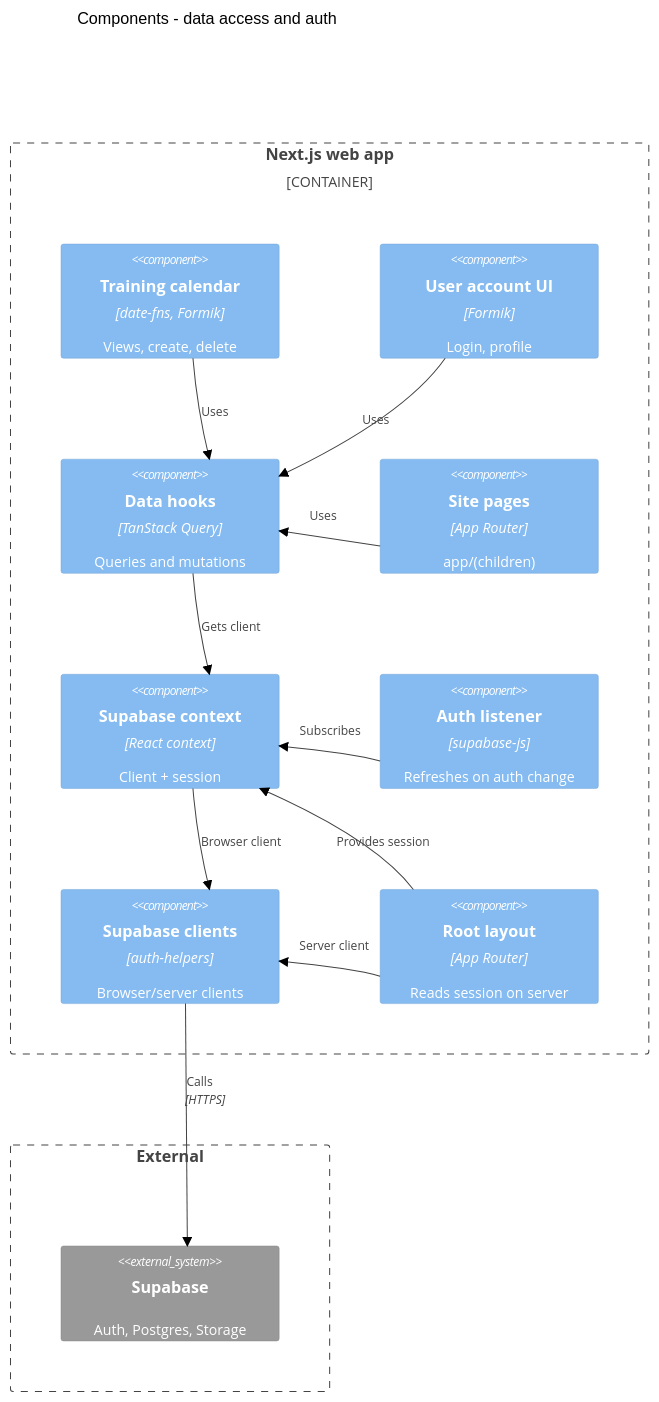
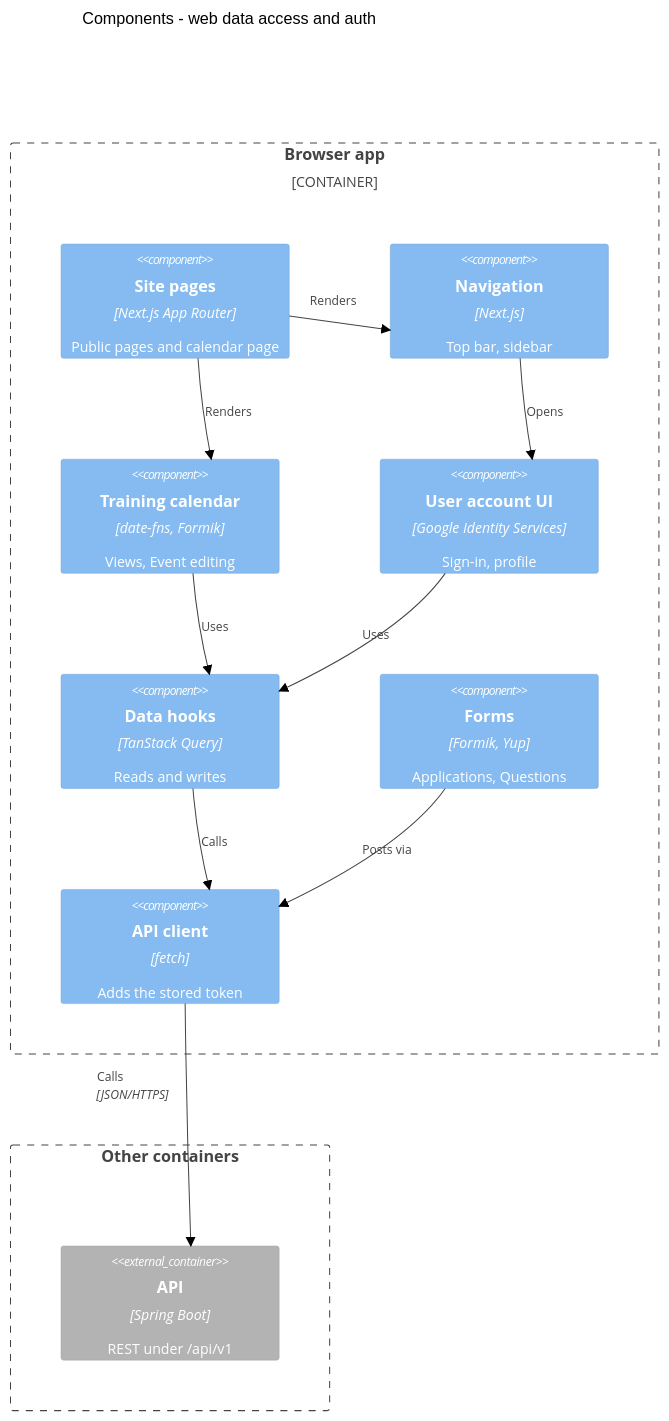
One commit to tomimarkus991/karatekool changed the diagram in docs/architecture/c4-components-data.md. Above: the diagram before and after it, drawn with Mermaid (neutral theme). The commit also changed other lines of this file and 5 other files, not shown here.

First line of the commit message:
docs: Redraw the architecture diagrams for the API

````diff
--- a/docs/architecture/c4-components-data.md
+++ b/docs/architecture/c4-components-data.md
@@ -8,35 +8,31 @@
 ```mermaid
 C4Component
-  title Components - data access and auth
+  title Components - web data access and auth
   UpdateLayoutConfig($c4ShapeInRow="3", $c4BoundaryInRow="1")
 
-  Container_Boundary(web, "Next.js web app") {
-    Component(calendar, "Training calendar", "date-fns, Formik", "Views, create, delete")
-    Component(userui, "User account UI", "Formik", "Login, profile")
-    Component(hooks, "Data hooks", "TanStack Query", "Queries and mutations")
-    Component(pages, "Site pages", "App Router", "app/(children)")
-    Component(ctx, "Supabase context", "React context", "Client + session")
-    Component(listener, "Auth listener", "supabase-js", "Refreshes on auth change")
-    Component(lib, "Supabase clients", "auth-helpers", "Browser/server clients")
-    Component(layout, "Root layout", "App Router", "Reads session on server")
-  }
-  Boundary(ext, "External", "") {
-    System_Ext(supabase, "Supabase", "Auth, Postgres, Storage")
+  Container_Boundary(web, "Browser app") {
+    Component(pages, "Site pages", "Next.js App Router", "Public pages and calendar page")
+    Component(nav, "Navigation", "Next.js", "Top bar, sidebar")
+    Component(calendar, "Training calendar", "date-fns, Formik", "Views, Event editing")
+    Component(user, "User account UI", "Google Identity Services", "Sign-in, profile")
+    Component(hooks, "Data hooks", "TanStack Query", "Reads and writes")
+    Component(forms, "Forms", "Formik, Yup", "Applications, Questions")
+    Component(lib, "API client", "fetch", "Adds the stored token")
   }
 
-  Rel(pages, hooks, "Uses")
+  Boundary(ext, "Other containers", "") {
+    Container_Ext(api, "API", "Spring Boot", "REST under /api/v1")
+  }
+
+  Rel(pages, nav, "Renders")
+  Rel(pages, calendar, "Renders")
+  Rel(nav, user, "Opens")
   Rel(calendar, hooks, "Uses")
-  Rel(userui, hooks, "Uses")
-  Rel(hooks, ctx, "Gets client")
-  Rel(layout, ctx, "Provides session")
-  Rel(listener, ctx, "Subscribes")
-  Rel(layout, lib, "Server client")
-  Rel(ctx, lib, "Browser client")
-  Rel(lib, supabase, "Calls", "HTTPS")
+  Rel(user, hooks, "Uses")
+  Rel(hooks, lib, "Calls")
+  Rel(forms, lib, "Posts via")
+  Rel(lib, api, "Calls", "JSON/HTTPS")
 
-  UpdateRelStyle(pages, hooks, $offsetX="-20", $offsetY="-25")
-  UpdateRelStyle(listener, ctx, $offsetX="-30", $offsetY="-25")
-  UpdateRelStyle(layout, lib, $offsetX="-30", $offsetY="-25")
-  UpdateRelStyle(lib, supabase, $offsetY="-45")
-
+  UpdateRelStyle(pages, nav, $offsetX="-30", $offsetY="-25")
+  UpdateRelStyle(lib, api, $offsetX="-90", $offsetY="-50")
 ```
````
